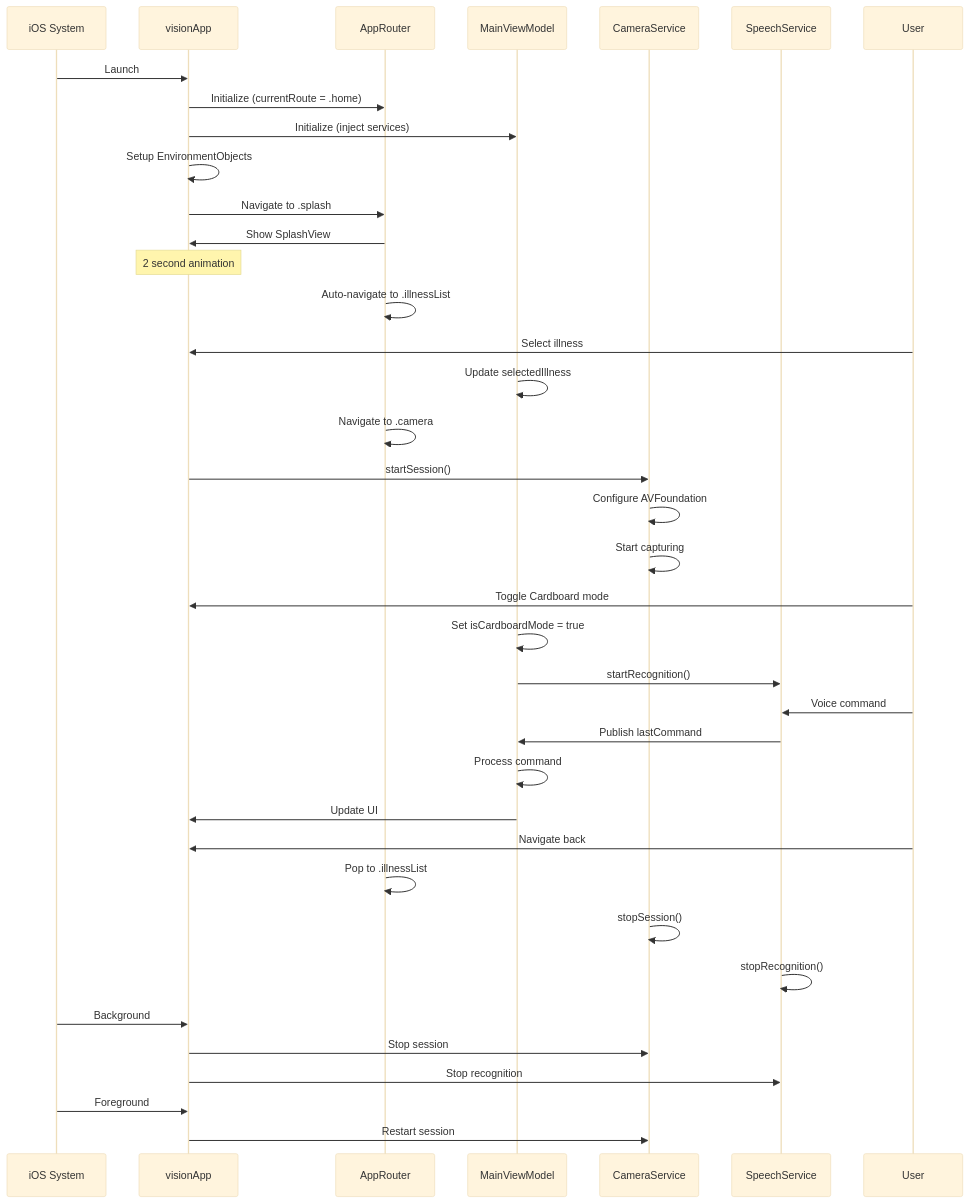
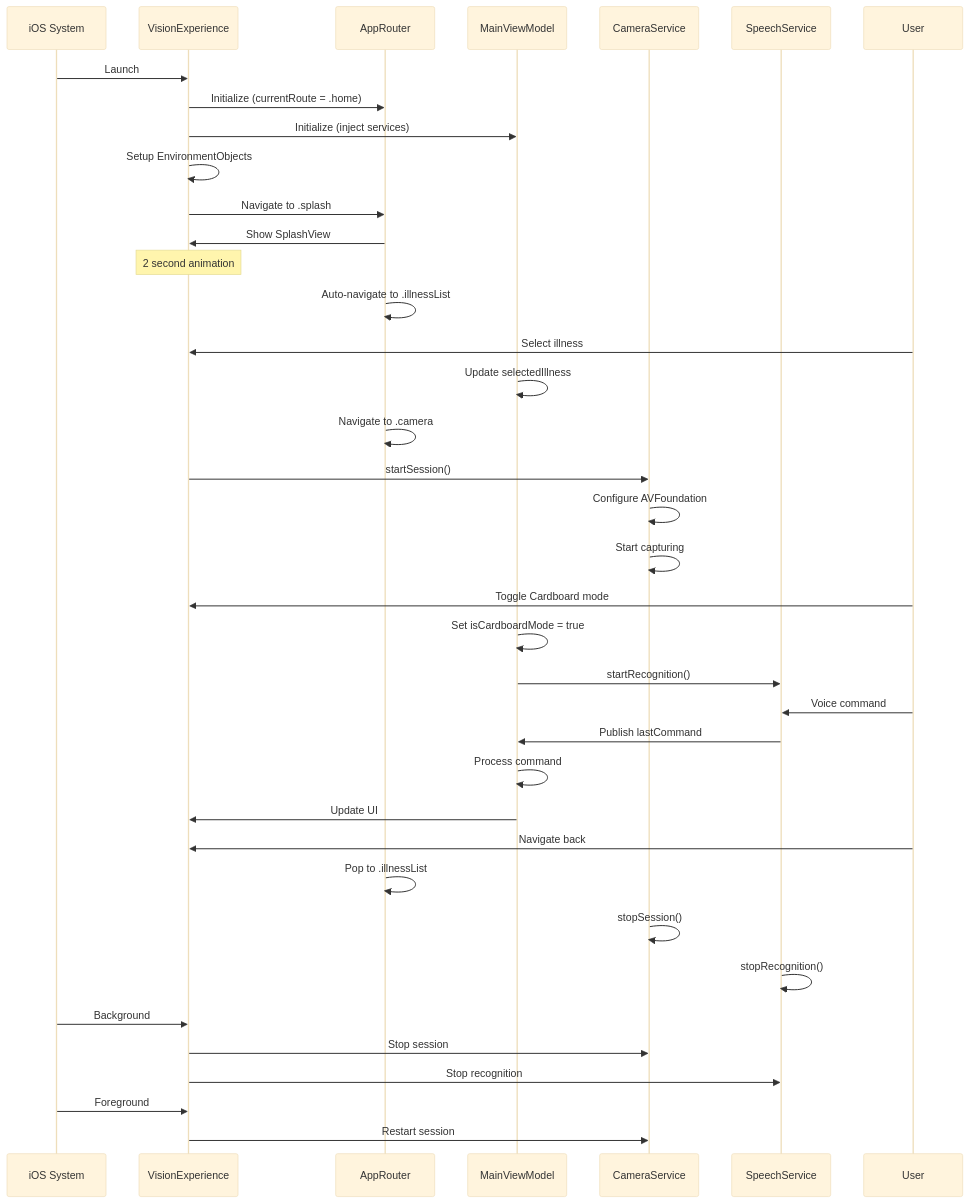
Before and after one commit to robertteleng/vision-experience-ios: diagram 23 of 26 in ARCHITECTURE.md, drawn with Mermaid (base theme). The commit also changed other lines of this file and 123 other files, not shown here.

First line of the commit message:
refactor: rename project visionApp → VisionExperience

````diff
--- a/ARCHITECTURE.md
+++ b/ARCHITECTURE.md
@@ -966,50 +966,50 @@
 ```mermaid
 sequenceDiagram
     participant System as iOS System
-    participant App as visionApp
+    participant App as VisionExperience
     participant Router as AppRouter
     participant VM as MainViewModel
     participant Camera as CameraService
     participant Speech as SpeechService
     
     System->>App: Launch
     App->>Router: Initialize (currentRoute = .home)
     App->>VM: Initialize (inject services)
     App->>App: Setup EnvironmentObjects
     
     App->>Router: Navigate to .splash
     Router->>App: Show SplashView
     
     Note over App: 2 second animation
     
     Router->>Router: Auto-navigate to .illnessList
     
     User->>App: Select illness
     VM->>VM: Update selectedIllness
     Router->>Router: Navigate to .camera
     
     App->>Camera: startSession()
     Camera->>Camera: Configure AVFoundation
     Camera->>Camera: Start capturing
     
     User->>App: Toggle Cardboard mode
     VM->>VM: Set isCardboardMode = true
     VM->>Speech: startRecognition()
     
     User->>Speech: Voice command
     Speech->>VM: Publish lastCommand
     VM->>VM: Process command
     VM->>App: Update UI
     
     User->>App: Navigate back
     Router->>Router: Pop to .illnessList
     Camera->>Camera: stopSession()
     Speech->>Speech: stopRecognition()
     
     System->>App: Background
     App->>Camera: Stop session
     App->>Speech: Stop recognition
     
     System->>App: Foreground
     App->>Camera: Restart session
 ```
````
